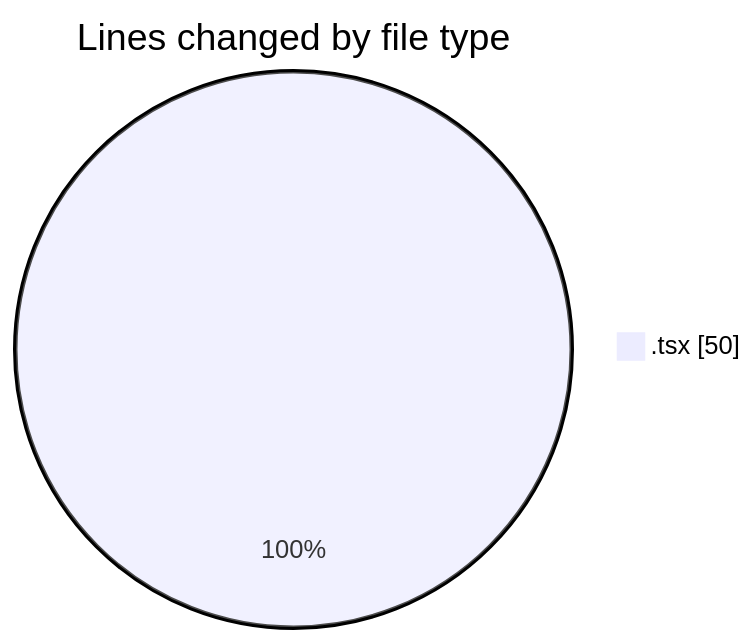
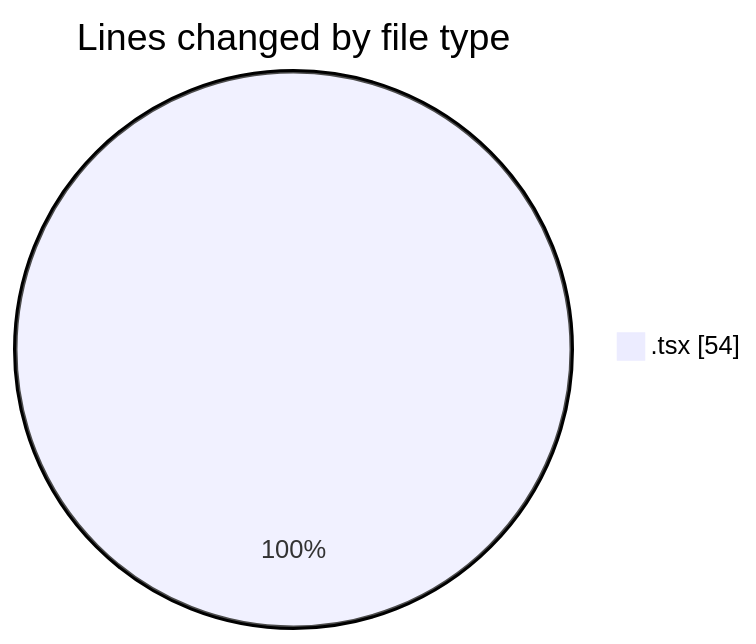
One commit to momahboobian/code-tracking changed the first of 2 diagrams in 2026-11-13/src/README.md. Above: the diagram before and after it, drawn with Mermaid. The commit also changed other lines of this file and 1 other file, not shown here.

````diff
--- a/2026-11-13/src/README.md
+++ b/2026-11-13/src/README.md
@@ -20,5 +20,5 @@
 ```mermaid
 pie showData
 title Lines changed by file type
-".tsx" : 50
+".tsx" : 54
 ```
````
